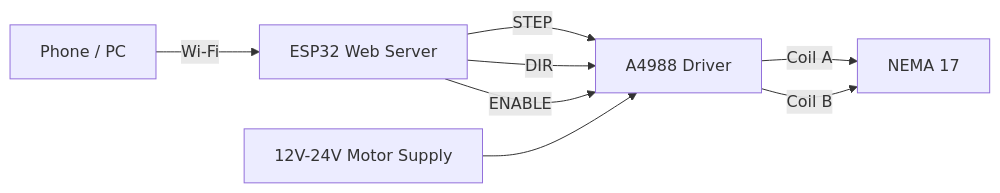
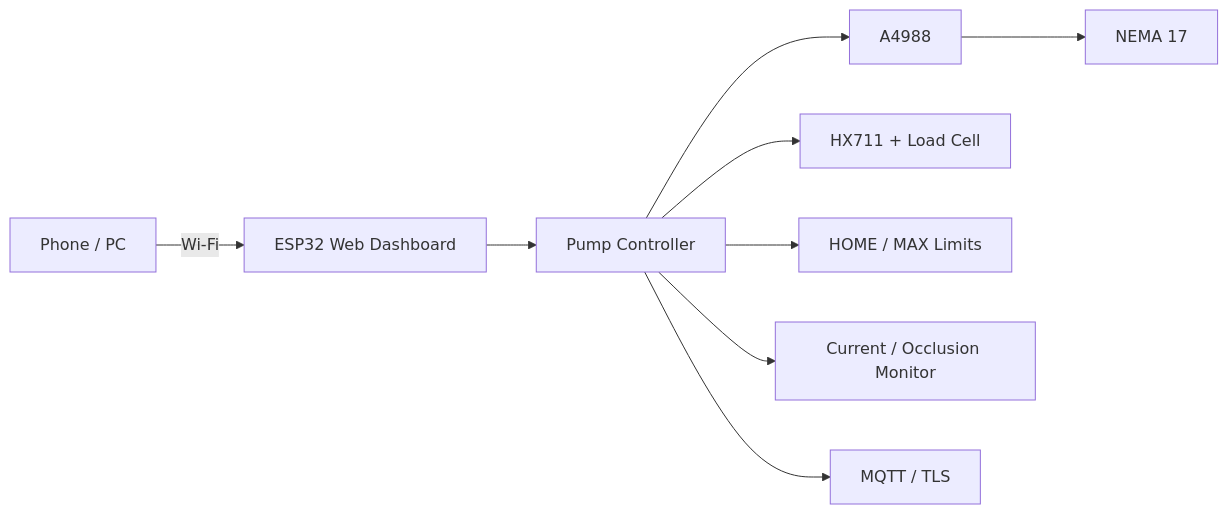
The diagram in README.md (ptech8000/ESP32_NEMA17_Web_Controller), drawn with Mermaid before and after one commit. The commit also changed other lines of this file, not shown here.

Commit message:
Document SmartSyringe architecture and remove credential exposure from README

````diff
--- a/README.md
+++ b/README.md
@@ -38,15 +102,11 @@
 ```mermaid
 flowchart LR
-
-    A[ Phone /  PC] 
-        -->|Wi-Fi| B[ESP32 Web Server]
-
-    B -->|STEP| C[A4988 Driver]
-    B -->|DIR| C
-    B -->|ENABLE| C
-
-    D[12V-24V Motor Supply] --> C
-
-    C -->|Coil A| E[NEMA 17]
-    C -->|Coil B| E
+    U[Phone / PC] -->|Wi-Fi| W[ESP32 Web Dashboard]
+    W --> C[Pump Controller]
+    C --> D[A4988]
+    D --> M[NEMA 17]
+    C --> H[HX711 + Load Cell]
+    C --> L[HOME / MAX Limits]
+    C --> S[Current / Occlusion Monitor]
+    C --> Q[MQTT / TLS]
 ```
````
